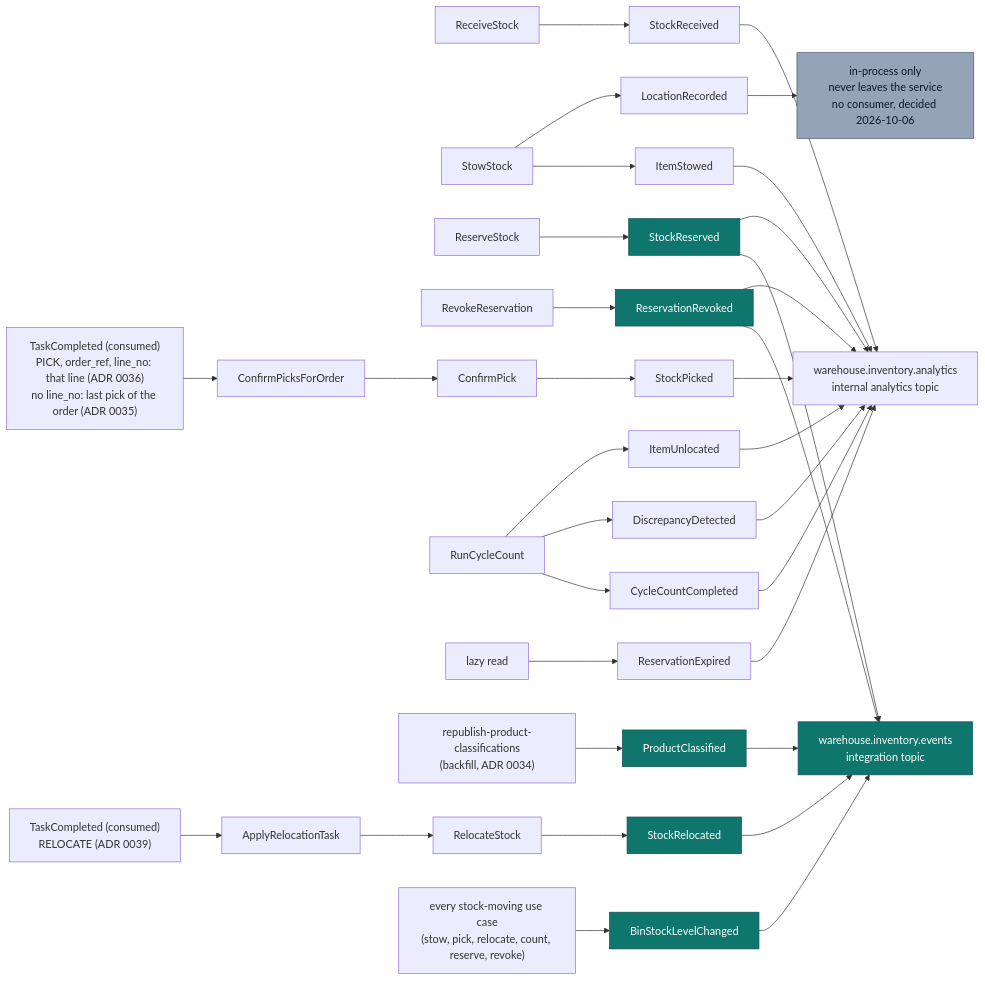
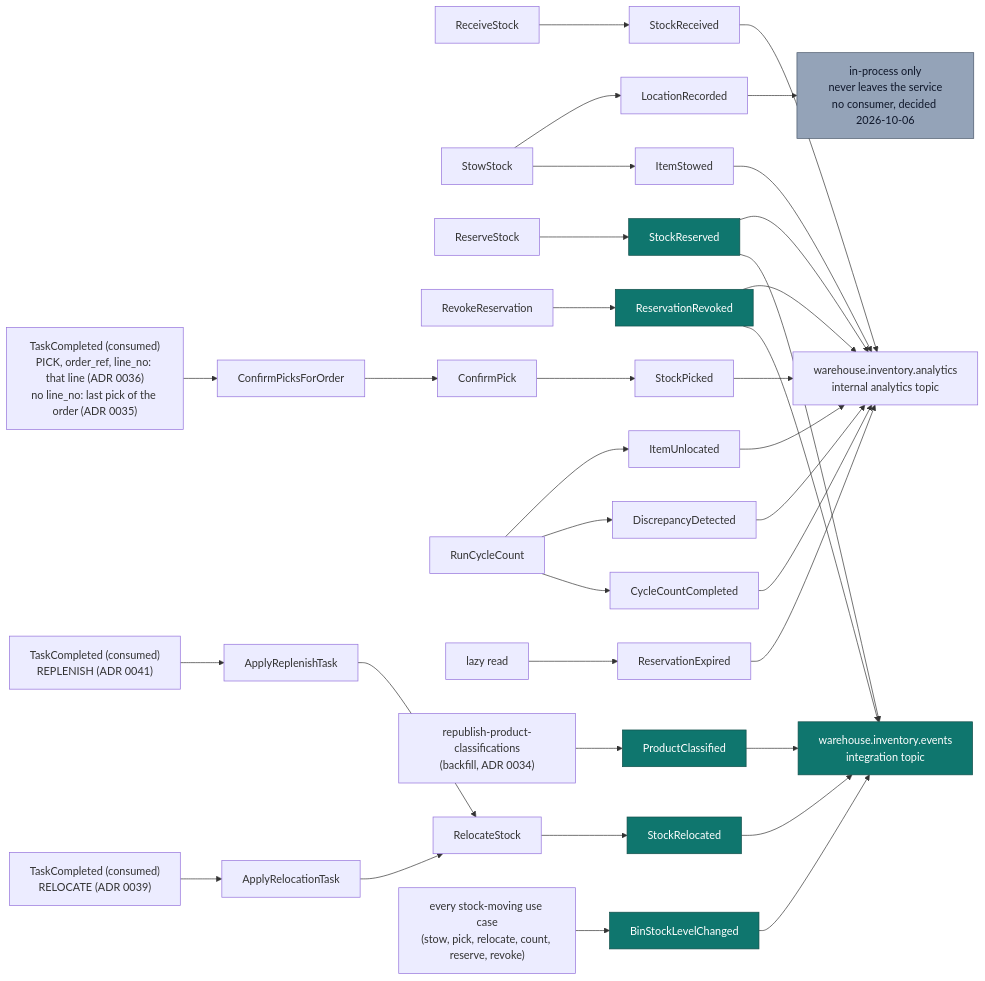
Before and after one commit to IQVO/inventory-storage: the diagram in docs/docs/ddd/domain-events.md, drawn with Mermaid. The commit also changed other lines of this file and 4 other files, not shown here.

Commit message:
docs: events, domain-events, use-cases, runbook, troubleshooting for the REPLENISH task path

````diff
--- a/docs/docs/ddd/domain-events.md
+++ b/docs/docs/ddd/domain-events.md
@@ -46,27 +46,28 @@
 ```mermaid
 flowchart LR
   RS["ReceiveStock"] --> E1["StockReceived"]
   SS["StowStock"] --> E2["ItemStowed"]
   SS --> E3["LocationRecorded"]
   RES["ReserveStock"] --> E4["StockReserved"]
   REV["RevokeReservation"] --> E5["ReservationRevoked"]
   CP["ConfirmPick"] --> E6["StockPicked"]
   TC["TaskCompleted (consumed)<br/>PICK, order_ref, line_no: that line (ADR 0036)<br/>no line_no: last pick of the order (ADR 0035)"] --> CPO["ConfirmPicksForOrder"] --> CP
   CC["RunCycleCount"] --> E7["CycleCountCompleted"]
   CC --> E8["DiscrepancyDetected"]
   CC --> E9["ItemUnlocated"]
   EXP["lazy read"] --> E10["ReservationExpired"]
   BF["republish-product-classifications<br/>(backfill, ADR 0034)"] --> E11["ProductClassified"]
   TCR["TaskCompleted (consumed)<br/>RELOCATE (ADR 0039)"] --> ART["ApplyRelocationTask"] --> RLS["RelocateStock"]
+  TCP["TaskCompleted (consumed)<br/>REPLENISH (ADR 0041)"] --> APT["ApplyReplenishTask"] --> RLS
   RLS --> E12["StockRelocated"]
   LVL["every stock-moving use case<br/>(stow, pick, relocate, count, reserve, revoke)"] --> E13["BinStockLevelChanged"]
 
   E4 & E5 & E11 & E12 & E13 --> KAF["warehouse.inventory.events<br/>integration topic"]
   E1 & E2 & E4 & E5 & E6 & E7 & E8 & E9 & E10 --> ANA["warehouse.inventory.analytics<br/>internal analytics topic"]
   E3 --> LOG["in-process only<br/>never leaves the service<br/>no consumer, decided 2026-10-06"]
 
   classDef wired fill:#0f766e,stroke:#134e4a,color:#fff;
   classDef local fill:#94a3b8,stroke:#475569,color:#0f172a;
   class E4,E5,E11,E12,E13,KAF wired;
   class LOG local;
 ```
````
